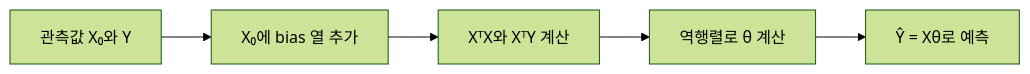
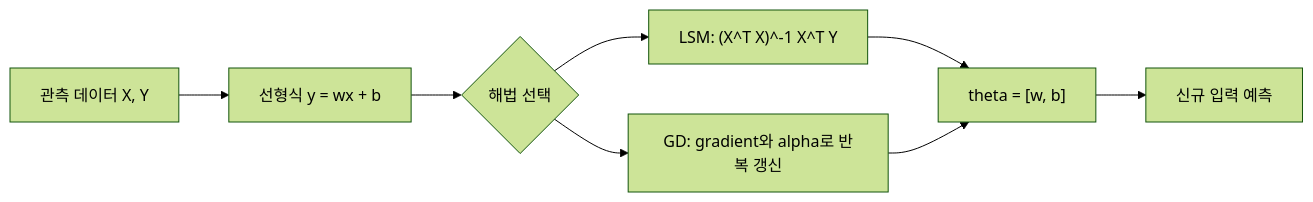
Before and after one commit to umyunsang/edu: the diagram in ComputerScience/03_ai-ml-data/machine-learning/notes/01. 선형 회귀의 두 해법.md, drawn with Mermaid (forest theme). The commit also changed other lines of this file and 4 other files, not shown here.

````diff
--- a/ComputerScience/03_ai-ml-data/machine-learning/notes/01. 선형 회귀의 두 해법.md
+++ b/ComputerScience/03_ai-ml-data/machine-learning/notes/01. 선형 회귀의 두 해법.md
@@ -107,7 +161,10 @@
 ```mermaid
 flowchart LR
-  A["관측값 X₀와 Y"] --> B["X₀에 bias 열 추가"]
-  B --> C["XᵀX와 XᵀY 계산"]
-  C --> D["역행렬로 θ 계산"]
-  D --> E["Ŷ = Xθ로 예측"]
+  A["관측 데이터 X, Y"] --> B["선형식 y = wx + b"]
+  B --> C{"해법 선택"}
+  C --> D["LSM: (X^T X)^-1 X^T Y"]
+  C --> E["GD: gradient와 alpha로 반복 갱신"]
+  D --> F["theta = [w, b]"]
+  E --> F
+  F --> G["신규 입력 예측"]
 ```
````
